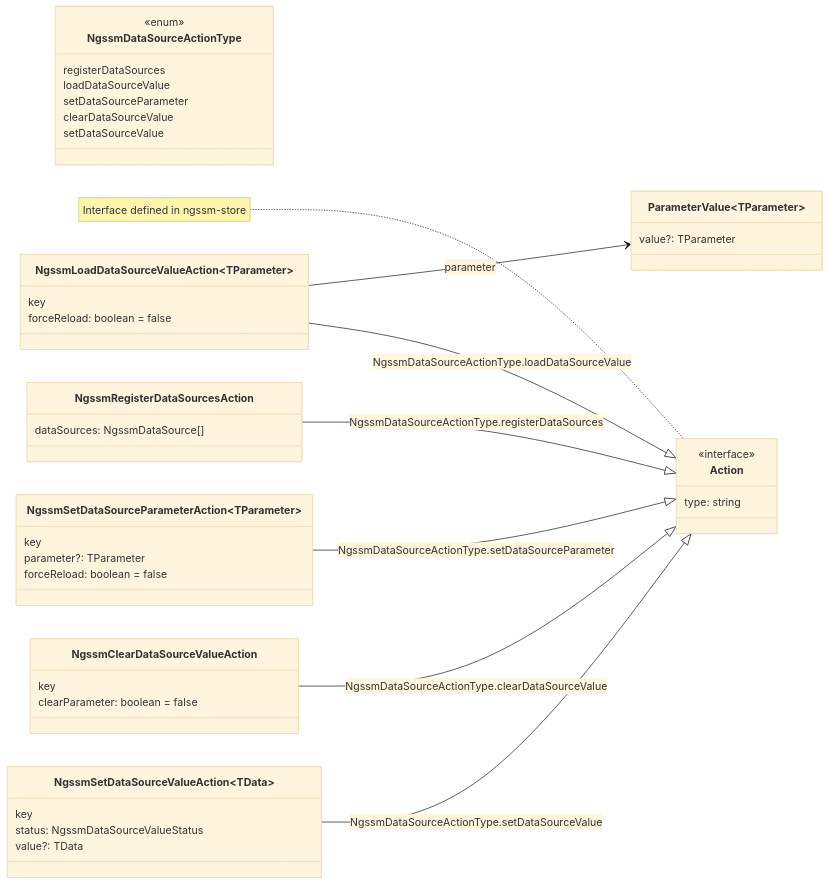
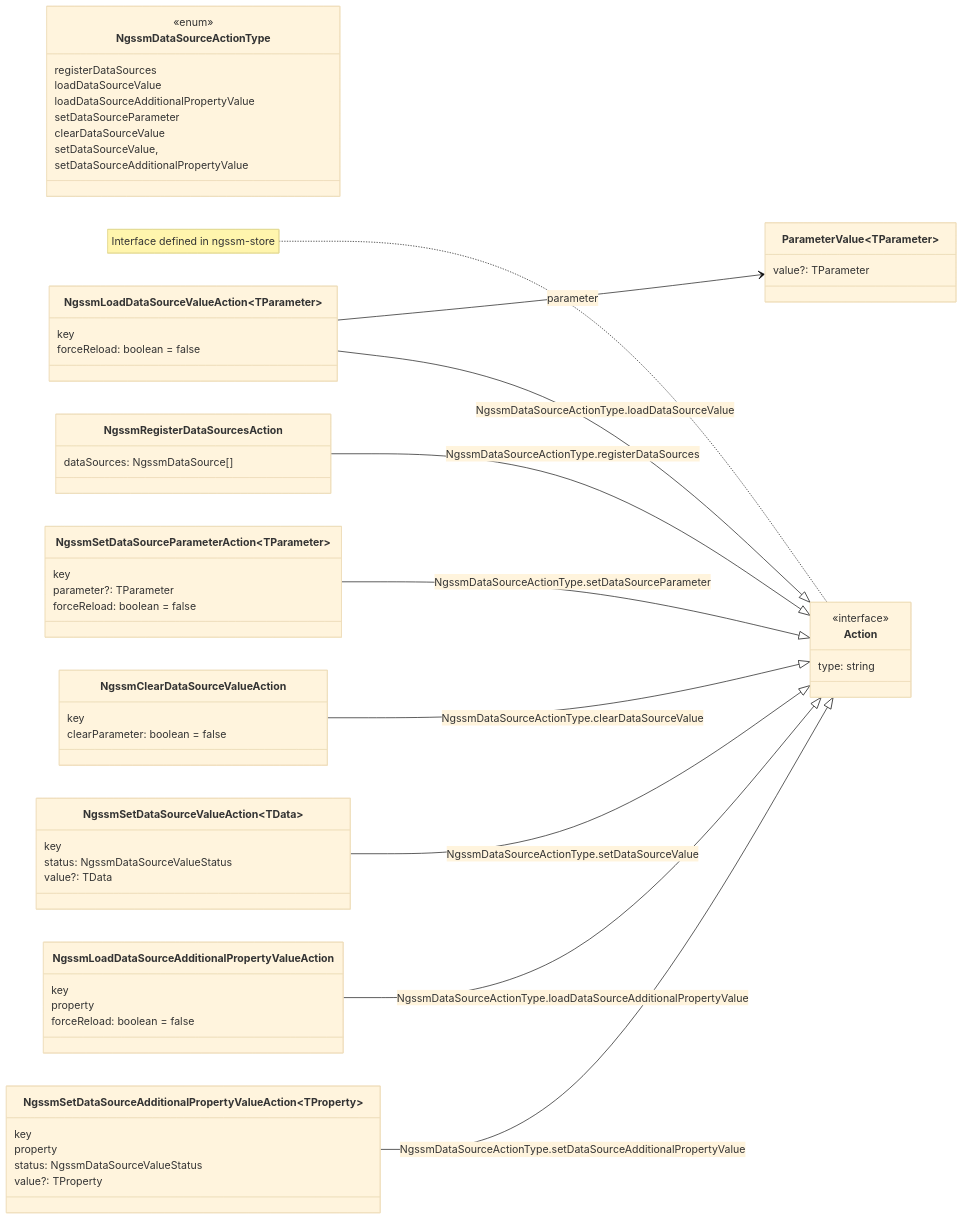
The third of 3 diagrams in docs/libraries/ngssm-data.md (LionMarc/ng-simple-state-management), drawn with Mermaid (base theme) before and after one commit. The commit also changed other lines of this file and 16 other files, not shown here.

First line of the commit message:
[ngssm-data] Add additional properties to data source value (#208)

````diff
--- a/docs/libraries/ngssm-data.md
+++ b/docs/libraries/ngssm-data.md
@@ -104,56 +118,73 @@
 ```mermaid
 classDiagram
     direction LR
     class NgssmDataSourceActionType{
         <<enum>>
         registerDataSources
         loadDataSourceValue
+        loadDataSourceAdditionalPropertyValue
         setDataSourceParameter
         clearDataSourceValue
-        setDataSourceValue
+        setDataSourceValue,
+        setDataSourceAdditionalPropertyValue
     }
 
     note for Action "Interface defined in ngssm-store"
     class Action {
         <<interface>>
         type: string
     }
 
     class ParameterValue~TParameter~{
         value?: TParameter
     }
 
     class NgssmLoadDataSourceValueAction~TParameter~{
         key
         forceReload: boolean = false
     }
 
     NgssmLoadDataSourceValueAction-->ParameterValue : parameter
+
+    class NgssmLoadDataSourceAdditionalPropertyValueAction{
+        key
+        property
+        forceReload: boolean = false
+    }
 
     class NgssmRegisterDataSourcesAction{
         dataSources: NgssmDataSource[]
     }
 
     class NgssmSetDataSourceParameterAction~TParameter~{
         key
         parameter?: TParameter
         forceReload: boolean = false
     }
 
     class NgssmClearDataSourceValueAction{
         key
         clearParameter: boolean = false
     }
 
     class NgssmSetDataSourceValueAction~TData~{
         key
         status: NgssmDataSourceValueStatus
         value?: TData
     }
 
+    class NgssmSetDataSourceAdditionalPropertyValueAction~TProperty~{
+        key
+        property
+        status: NgssmDataSourceValueStatus
+        value?: TProperty
+    }
+
     NgssmRegisterDataSourcesAction --|> Action: NgssmDataSourceActionType.registerDataSources
     NgssmLoadDataSourceValueAction --|> Action: NgssmDataSourceActionType.loadDataSourceValue
     NgssmSetDataSourceParameterAction --|> Action: NgssmDataSourceActionType.setDataSourceParameter
     NgssmClearDataSourceValueAction --|> Action: NgssmDataSourceActionType.clearDataSourceValue
     NgssmSetDataSourceValueAction --|> Action: NgssmDataSourceActionType.setDataSourceValue
+    NgssmLoadDataSourceAdditionalPropertyValueAction --|> Action: NgssmDataSourceActionType.loadDataSourceAdditionalPropertyValue
+    NgssmSetDataSourceAdditionalPropertyValueAction --|> Action: NgssmDataSourceActionType.setDataSourceAdditionalPropertyValue
 ```
````
